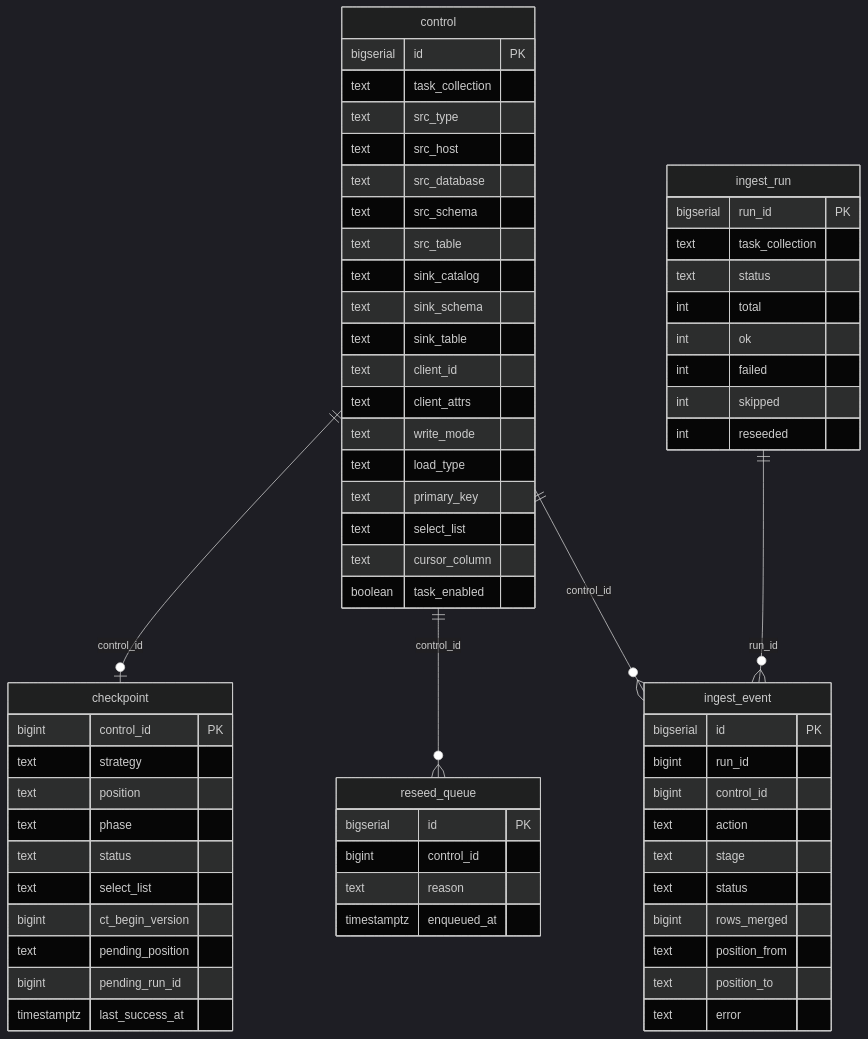
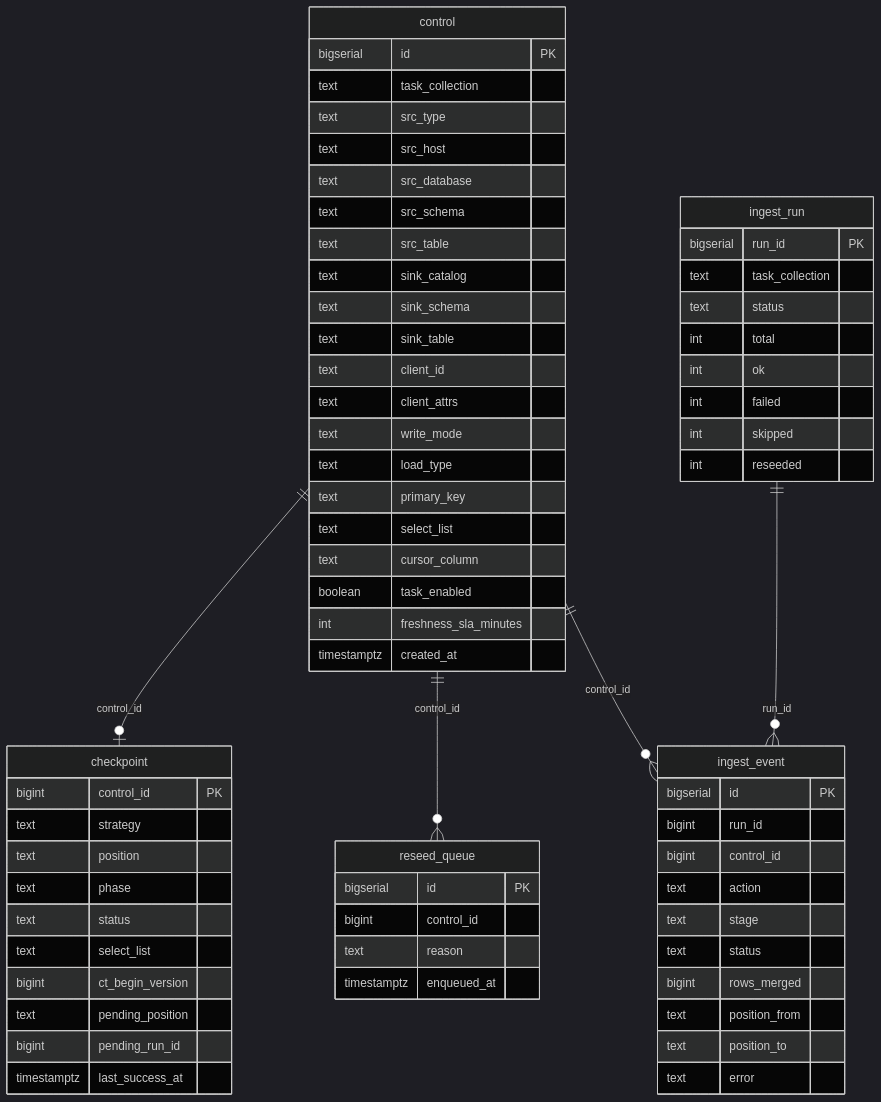
One commit to databricks-solutions/lakefed-ingest changed the first of 2 diagrams in docs/lakebase_schema.md. Above: the diagram before and after it, drawn with Mermaid (dark theme). The commit also changed other lines of this file and 15 other files, not shown here.

First line of the commit message:
Freshness SLA per table in control metadata, replacing the app's stale setting

````diff
--- a/docs/lakebase_schema.md
+++ b/docs/lakebase_schema.md
@@ -21,68 +21,70 @@
 ```mermaid
 erDiagram
     control ||--o| checkpoint : "control_id"
     control ||--o{ reseed_queue : "control_id"
     control ||--o{ ingest_event : "control_id"
     ingest_run ||--o{ ingest_event : "run_id"
 
     control {
         bigserial id PK
         text task_collection
         text src_type
         text src_host
         text src_database
         text src_schema
         text src_table
         text sink_catalog
         text sink_schema
         text sink_table
         text client_id
         text client_attrs
         text write_mode
         text load_type
         text primary_key
         text select_list
         text cursor_column
         boolean task_enabled
+        int freshness_sla_minutes
+        timestamptz created_at
     }
     checkpoint {
         bigint control_id PK
         text strategy
         text position
         text phase
         text status
         text select_list
         bigint ct_begin_version
         text pending_position
         bigint pending_run_id
         timestamptz last_success_at
     }
     reseed_queue {
         bigserial id PK
         bigint control_id
         text reason
         timestamptz enqueued_at
     }
     ingest_run {
         bigserial run_id PK
         text task_collection
         text status
         int total
         int ok
         int failed
         int skipped
         int reseeded
     }
     ingest_event {
         bigserial id PK
         bigint run_id
         bigint control_id
         text action
         text stage
         text status
         bigint rows_merged
         text position_from
         text position_to
         text error
     }
 ```
````
